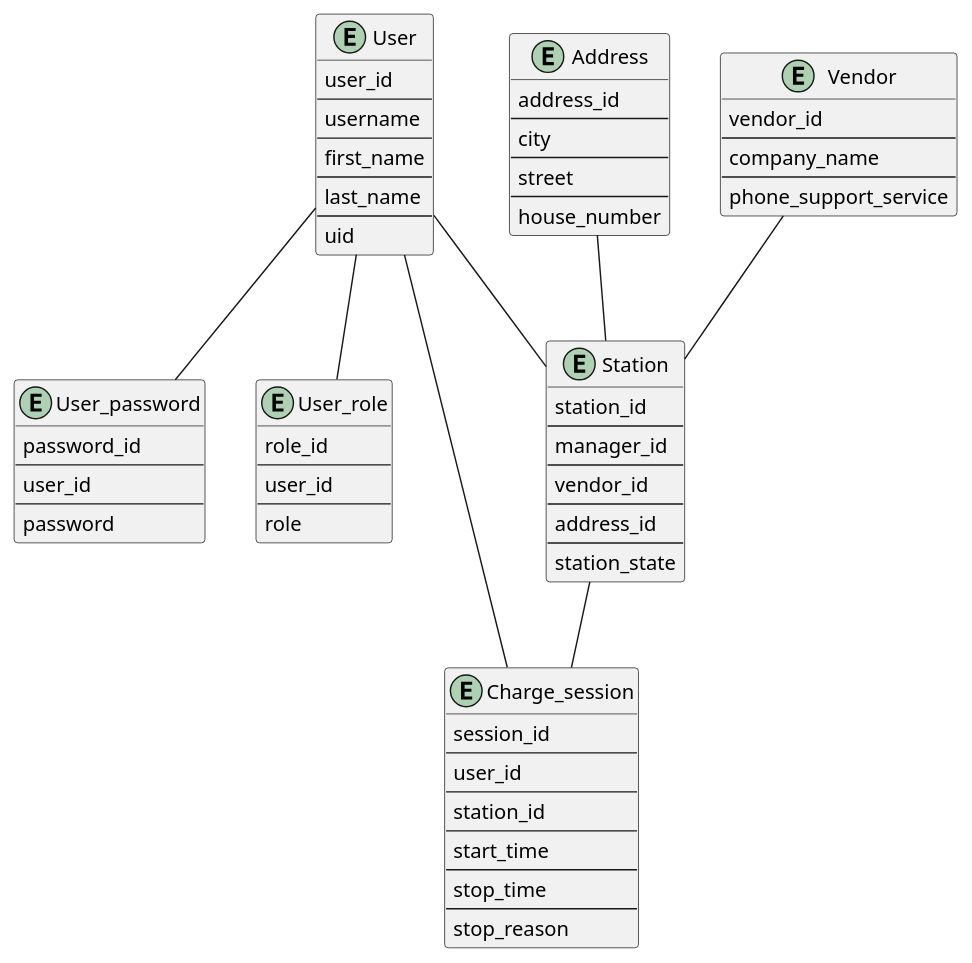
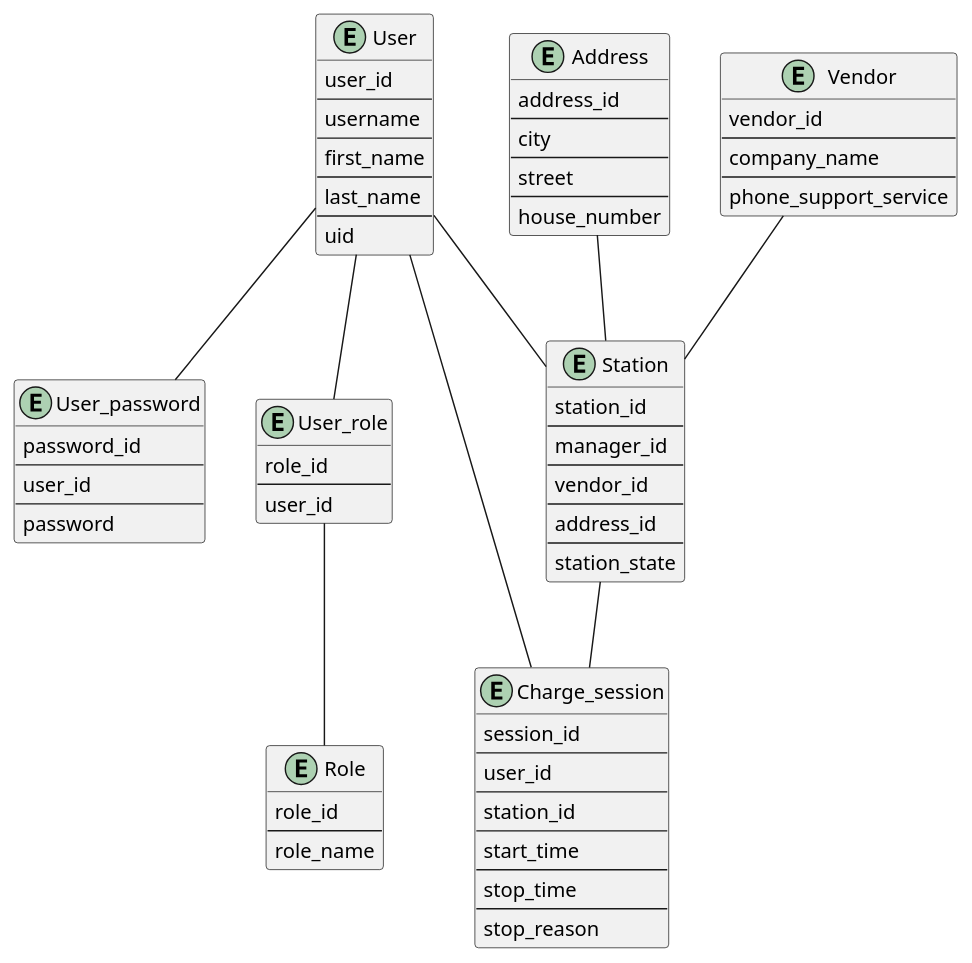
Before and after one commit to NikushinIvan/ChargingNetwork: the diagram in diagrams/DataBase.puml, drawn with PlantUML. The commit also changed 27 other files, not shown here.

```diff
--- a/diagrams/DataBase.puml
+++ b/diagrams/DataBase.puml
@@ -1,84 +1,89 @@
 @startuml
 'https://plantuml.com/sequence-diagram
 
 entity User {
     user_id
     --
     username
     --
     first_name
     --
     last_name
     --
     uid
 }
 
 entity User_password {
     password_id
     --
     user_id
     --
     password
 }
 
 entity User_role {
     role_id
     --
     user_id
+}
+
+entity Role {
+    role_id
     --
-    role
+    role_name
 }
 
 entity Address {
     address_id
     --
     city
     --
     street
     --
     house_number
 }
 
 entity Vendor {
     vendor_id
     --
     company_name
     --
     phone_support_service
 }
 
 entity Station {
    station_id
    --
    manager_id
    --
    vendor_id
    --
    address_id
    --
    station_state
 }
 
 entity Charge_session {
     session_id
     --
     user_id
     --
     station_id
     --
     start_time
     --
     stop_time
     --
     stop_reason
 }
 
 User -- Station
 User -- User_password
 User -- User_role
+User_role -- Role
 User -- Charge_session
 Address -- Station
 Vendor -- Station
 Station -- Charge_session
 
 @enduml
```
